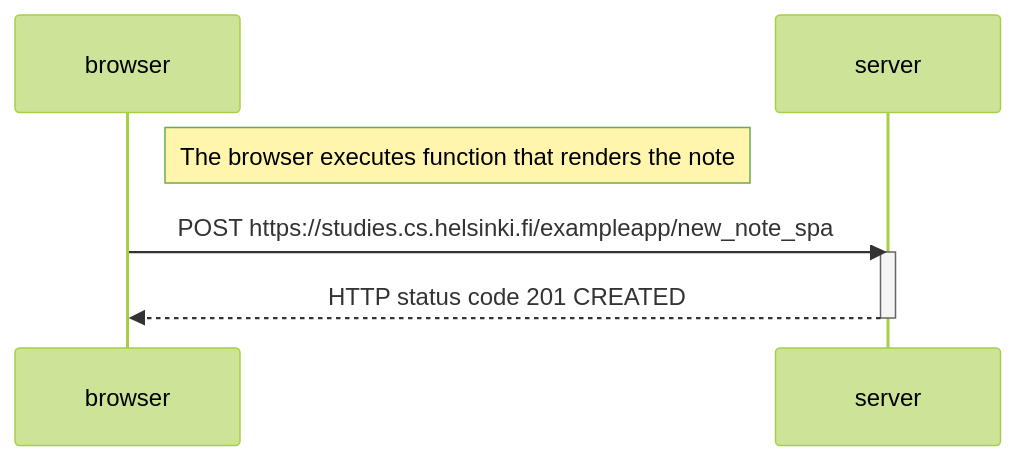
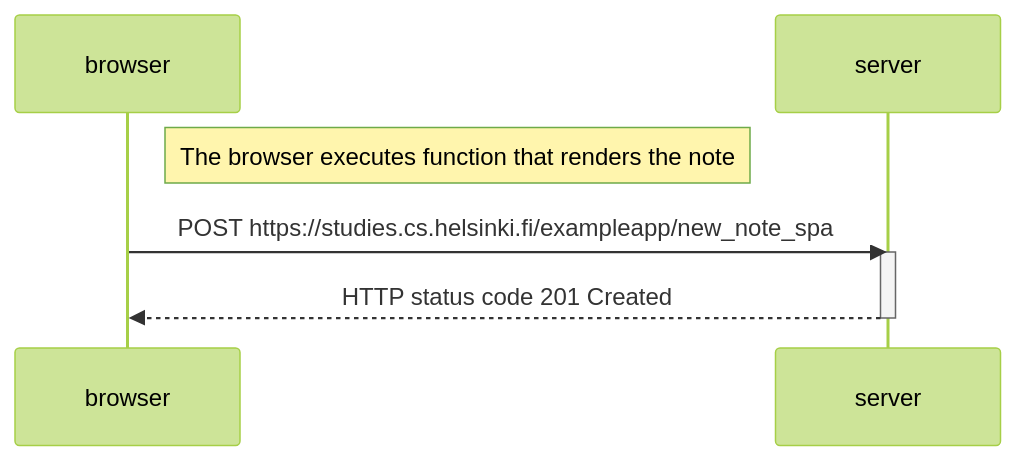
Before and after one commit to SYee50/FSO_Part0: the diagram in 0.6_New_note_in_Single_page_app_diagram.md, drawn with Mermaid (forest theme).

````diff
--- a/0.6_New_note_in_Single_page_app_diagram.md
+++ b/0.6_New_note_in_Single_page_app_diagram.md
@@ -3,13 +3,13 @@
 ```mermaid
 sequenceDiagram
     participant browser
     participant server
 
     Note right of browser: The browser executes function that renders the note
 
     browser->>server: POST https://studies.cs.helsinki.fi/exampleapp/new_note_spa
     activate server
-    server-->>browser: HTTP status code 201 CREATED
+    server-->>browser: HTTP status code 201 Created
     deactivate server
 
 ```
````
